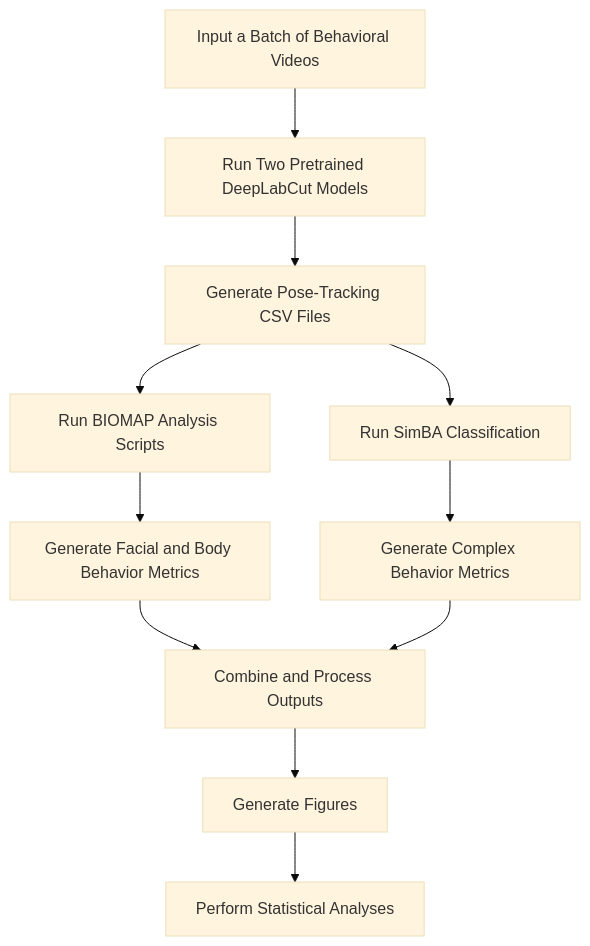
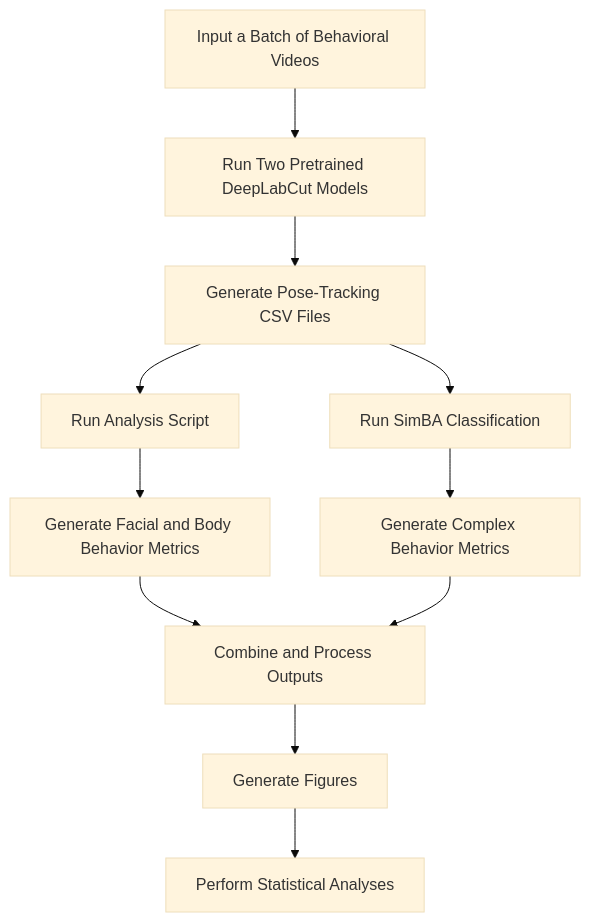
One commit to amynconner19/teaching-ai-to-read-mouse-behavior changed the diagram in README.md. Above: the diagram before and after it, drawn with Mermaid (base theme).

````diff
--- a/README.md
+++ b/README.md
@@ -31,24 +31,24 @@
 ```mermaid
 flowchart TD
     A["Input a Batch of Behavioral Videos"]
     B["Run Two Pretrained DeepLabCut Models"]
     C["Generate Pose-Tracking CSV Files"]
-    D["Run BIOMAP Analysis Scripts"]
+    D["Run Analysis Script"]
     E["Run SimBA Classification"]
     F["Generate Facial and Body Behavior Metrics"]
     G["Generate Complex Behavior Metrics"]
     H["Combine and Process Outputs"]
     I["Generate Figures"]
     J["Perform Statistical Analyses"]
 
     A --> B
     B --> C
     C --> D
     C --> E
     D --> F
     E --> G
     F --> H
     G --> H
     H --> I
     I --> J
 ```
````
